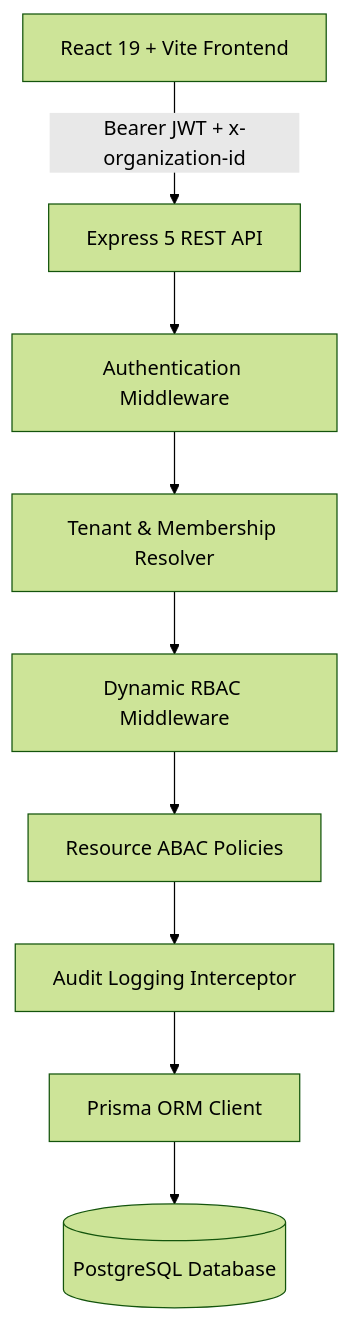
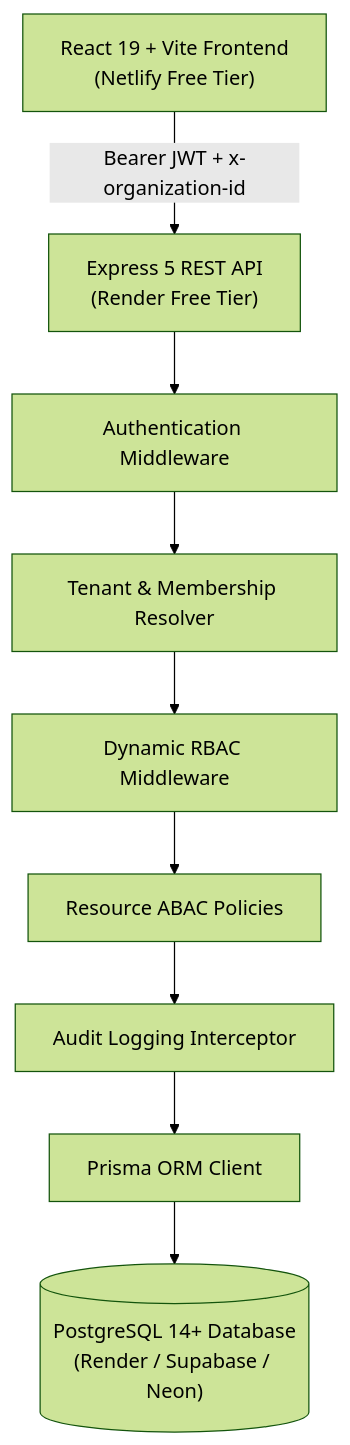
The diagram in README.md (Abhijith45/teamguard), drawn with Mermaid (forest theme) before and after one commit. The commit also changed other lines of this file and 391 other files, not shown here.

````diff
--- a/README.md
+++ b/README.md
@@ -54,11 +70,11 @@
 ```mermaid
-graph TD
-    Client[React 19 + Vite Frontend] -->|Bearer JWT + x-organization-id| API[Express 5 REST API]
-    API --> Auth[Authentication Middleware]
-    Auth --> Tenant[Tenant & Membership Resolver]
-    Tenant --> RBAC[Dynamic RBAC Middleware]
-    RBAC --> ABAC[Resource ABAC Policies]
-    ABAC --> Audit[Audit Logging Interceptor]
-    Audit --> Prisma[Prisma ORM Client]
-    Prisma --> DB[(PostgreSQL Database)]
+flowchart TD
+    Client["React 19 + Vite Frontend<br/>(Netlify Free Tier)"] -->|Bearer JWT + x-organization-id| API["Express 5 REST API<br/>(Render Free Tier)"]
+    API --> Auth["Authentication Middleware"]
+    Auth --> Tenant["Tenant & Membership Resolver"]
+    Tenant --> RBAC["Dynamic RBAC Middleware"]
+    RBAC --> ABAC["Resource ABAC Policies"]
+    ABAC --> Audit["Audit Logging Interceptor"]
+    Audit --> Prisma["Prisma ORM Client"]
+    Prisma --> DB[("PostgreSQL 14+ Database<br/>(Render / Supabase / Neon)")]
 ```
````
